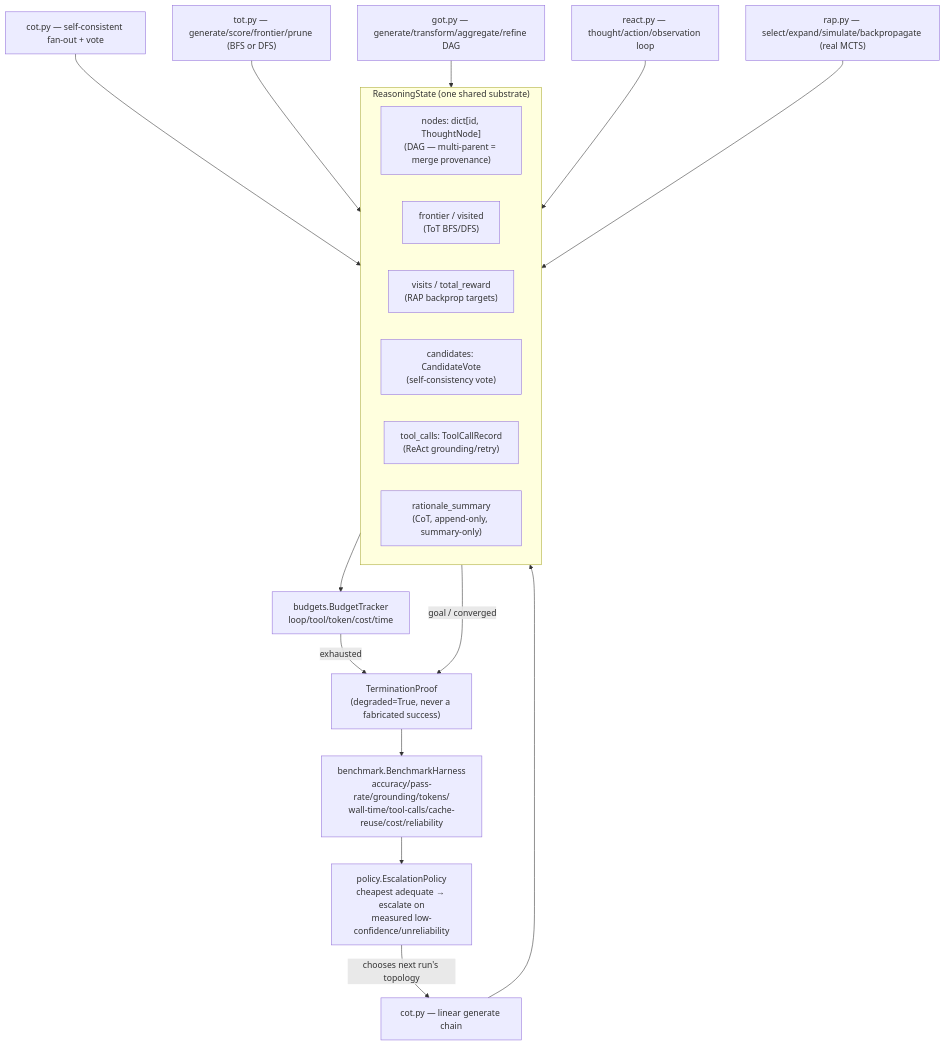
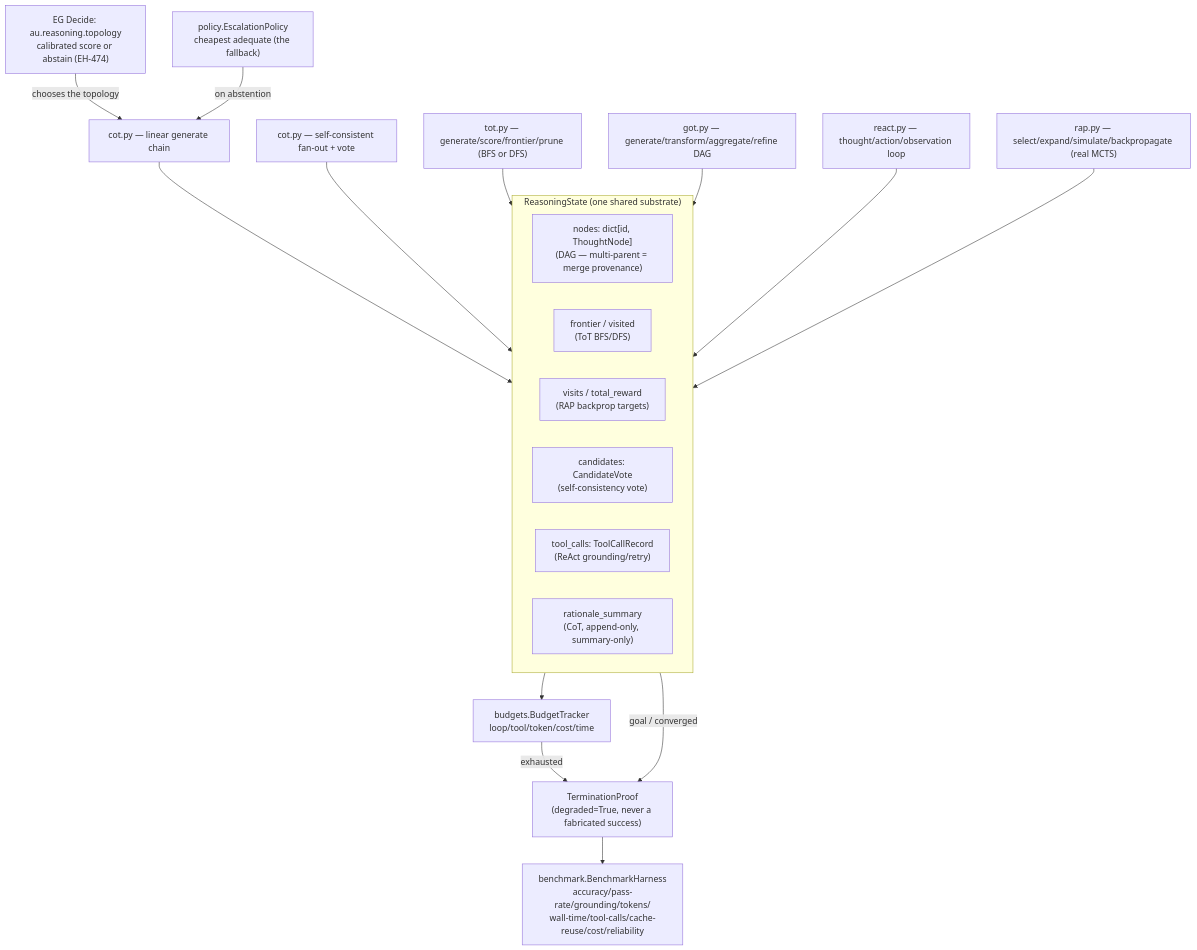
The diagram in docs/architecture/reasoning-graph-topologies.md (Knuckles-Team/agent-utilities), drawn with Mermaid before and after one commit. The commit also changed other lines of this file and 13 other files, not shown here.

First line of the commit message:
feat(decide): EH-474 — reasoning-graph topology is EG's au.reasoning.topology decision; EMA outcome store deleted

````diff
--- a/docs/architecture/reasoning-graph-topologies.md
+++ b/docs/architecture/reasoning-graph-topologies.md
@@ -41,26 +41,26 @@
 ```mermaid
 flowchart TB
     subgraph State["ReasoningState (one shared substrate)"]
         Nodes["nodes: dict[id, ThoughtNode]<br/>(DAG — multi-parent = merge provenance)"]
         Frontier["frontier / visited<br/>(ToT BFS/DFS)"]
         MCTS["visits / total_reward<br/>(RAP backprop targets)"]
         Cand["candidates: CandidateVote<br/>(self-consistency vote)"]
         Tools["tool_calls: ToolCallRecord<br/>(ReAct grounding/retry)"]
         Rationale["rationale_summary<br/>(CoT, append-only, summary-only)"]
     end
 
     CoT["cot.py — linear generate chain"] --> State
     SC["cot.py — self-consistent fan-out + vote"] --> State
     ToT["tot.py — generate/score/frontier/prune (BFS or DFS)"] --> State
     GoT["got.py — generate/transform/aggregate/refine DAG"] --> State
     ReAct["react.py — thought/action/observation loop"] --> State
     RAP["rap.py — select/expand/simulate/backpropagate (real MCTS)"] --> State
 
     State --> Budget["budgets.BudgetTracker<br/>loop/tool/token/cost/time"]
     Budget -->|exhausted| Proof["TerminationProof<br/>(degraded=True, never a fabricated success)"]
     State -->|goal / converged| Proof
 
     Proof --> Benchmark["benchmark.BenchmarkHarness<br/>accuracy/pass-rate/grounding/tokens/<br/>wall-time/tool-calls/cache-reuse/cost/reliability"]
-    Benchmark --> Policy["policy.EscalationPolicy<br/>cheapest adequate → escalate on<br/>measured low-confidence/unreliability"]
-    Policy -->|chooses next run's topology| CoT
+    Decide["EG Decide: au.reasoning.topology<br/>calibrated score or abstain (EH-474)"] -->|chooses the topology| CoT
+    Policy["policy.EscalationPolicy<br/>cheapest adequate (the fallback)"] -->|on abstention| CoT
 ```
````
